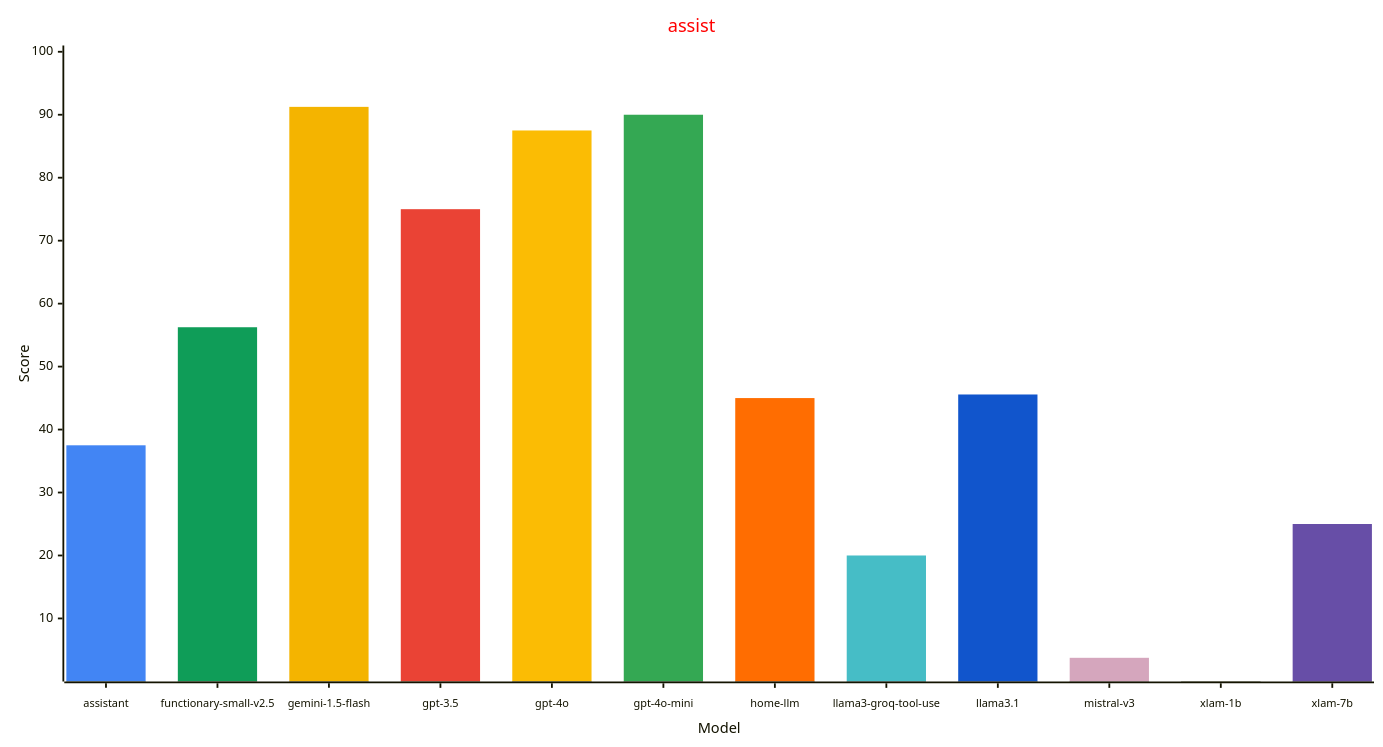
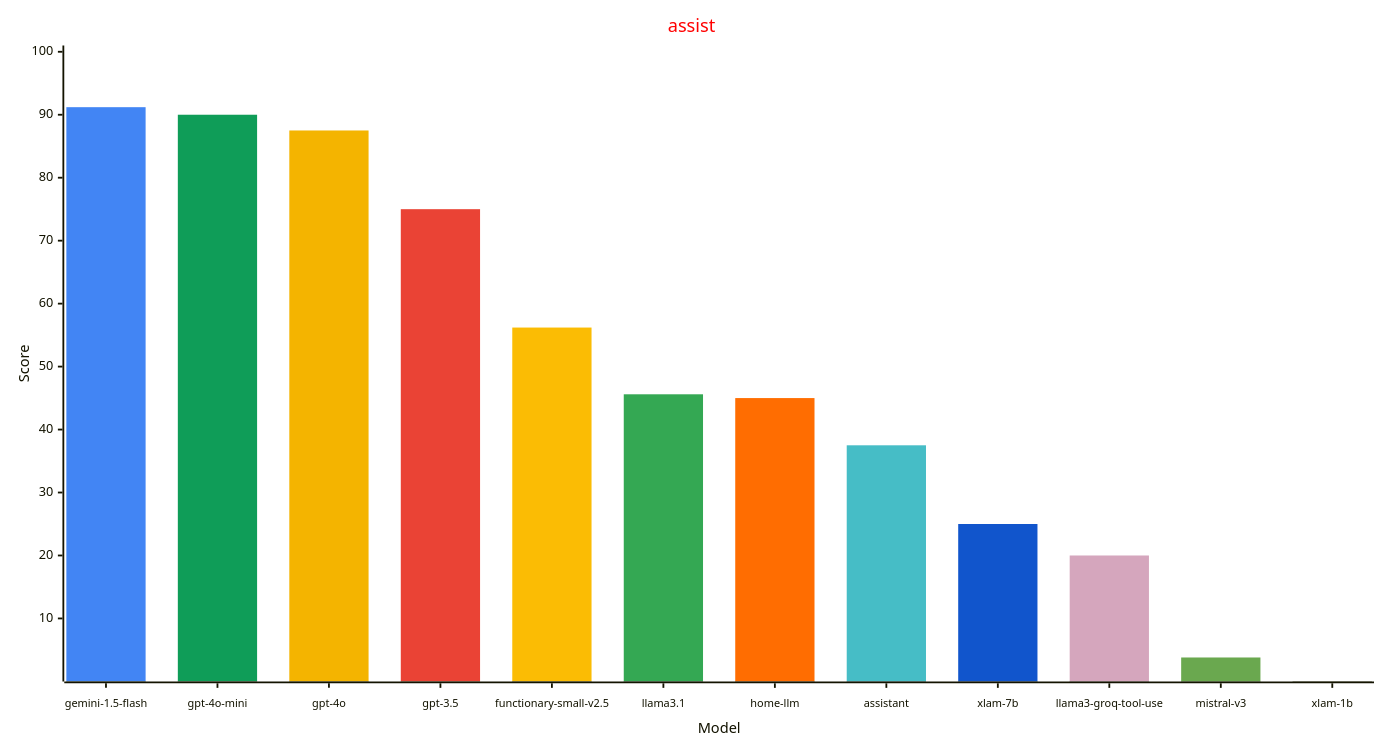
One commit to allenporter/home-assistant-datasets changed the first of 3 diagrams in reports/leaderboard.md. Above: the diagram before and after it, drawn with Mermaid. The commit also changed other lines of this file and 6 other files, not shown here.

Commit message:
Refactor chart building and make sparse

````diff
--- a/reports/leaderboard.md
+++ b/reports/leaderboard.md
@@ -16,32 +15,32 @@
 ```mermaid
 ---
 config:
     xyChart:
         width: 1500
         height: 800
         xAxis:
           labelFontSize: 12
           labelPadding: 8
     themeVariables:
         xyChart:
             titleColor: "#ff0000"
-            plotColorPalette: "#4285f4, #0F9D58, #f4b400, #ea4335, #fbbc04, #34a853, #ff6d01, #46bdc6, #1155cc, #d5a6bd, #6aa84f, #674ea7"
+            plotColorPalette: "#4285f4, #0f9d58, #f4b400, #ea4335, #fbbc04, #34a853, #ff6d01, #46bdc6, #1155cc, #d5a6bd, #6aa84f, #674ea7"
 
 ---
 xychart-beta
   title "assist"
-  x-axis "Model" [assistant, functionary-small-v2.5, gemini-1.5-flash, gpt-3.5, gpt-4o, gpt-4o-mini, home-llm, llama3-groq-tool-use, llama3.1, mistral-v3, xlam-1b, xlam-7b]
+  x-axis "Model" [gemini-1.5-flash, gpt-4o-mini, gpt-4o, gpt-3.5, functionary-small-v2.5, llama3.1, home-llm, assistant, xlam-7b, llama3-groq-tool-use, mistral-v3, xlam-1b]
   y-axis "Score" 1 --> 100
-  bar [37.5, 0, 0, 0, 0, 0, 0, 0, 0, 0, 0, 0]
-  bar [0, 56.25, 0, 0, 0, 0, 0, 0, 0, 0, 0, 0]
-  bar [0, 0, 91.25, 0, 0, 0, 0, 0, 0, 0, 0, 0]
-  bar [0, 0, 0, 75.0, 0, 0, 0, 0, 0, 0, 0, 0]
-  bar [0, 0, 0, 0, 87.5, 0, 0, 0, 0, 0, 0, 0]
-  bar [0, 0, 0, 0, 0, 90.0, 0, 0, 0, 0, 0, 0]
-  bar [0, 0, 0, 0, 0, 0, 45.0, 0, 0, 0, 0, 0]
-  bar [0, 0, 0, 0, 0, 0, 0, 20.0, 0, 0, 0, 0]
-  bar [0, 0, 0, 0, 0, 0, 0, 0, 45.57, 0, 0, 0]
-  bar [0, 0, 0, 0, 0, 0, 0, 0, 0, 3.75, 0, 0]
-  bar [0, 0, 0, 0, 0, 0, 0, 0, 0, 0, 0, 0]
-  bar [0, 0, 0, 0, 0, 0, 0, 0, 0, 0, 0, 25.0]
+  bar [91.2, 0.0, 0.0, 0.0, 0.0, 0.0, 0.0, 0.0, 0.0, 0.0, 0.0, 0.0]
+  bar [0.0, 90.0, 0.0, 0.0, 0.0, 0.0, 0.0, 0.0, 0.0, 0.0, 0.0, 0.0]
+  bar [0.0, 0.0, 87.5, 0.0, 0.0, 0.0, 0.0, 0.0, 0.0, 0.0, 0.0, 0.0]
+  bar [0.0, 0.0, 0.0, 75.0, 0.0, 0.0, 0.0, 0.0, 0.0, 0.0, 0.0, 0.0]
+  bar [0.0, 0.0, 0.0, 0.0, 56.2, 0.0, 0.0, 0.0, 0.0, 0.0, 0.0, 0.0]
+  bar [0.0, 0.0, 0.0, 0.0, 0.0, 45.6, 0.0, 0.0, 0.0, 0.0, 0.0, 0.0]
+  bar [0.0, 0.0, 0.0, 0.0, 0.0, 0.0, 45.0, 0.0, 0.0, 0.0, 0.0, 0.0]
+  bar [0.0, 0.0, 0.0, 0.0, 0.0, 0.0, 0.0, 37.5, 0.0, 0.0, 0.0, 0.0]
+  bar [0.0, 0.0, 0.0, 0.0, 0.0, 0.0, 0.0, 0.0, 25.0, 0.0, 0.0, 0.0]
+  bar [0.0, 0.0, 0.0, 0.0, 0.0, 0.0, 0.0, 0.0, 0.0, 20.0, 0.0, 0.0]
+  bar [0.0, 0.0, 0.0, 0.0, 0.0, 0.0, 0.0, 0.0, 0.0, 0.0, 3.8, 0.0]
+  bar [0.0, 0.0, 0.0, 0.0, 0.0, 0.0, 0.0, 0.0, 0.0, 0.0, 0.0, 0.0]
 ```
````
